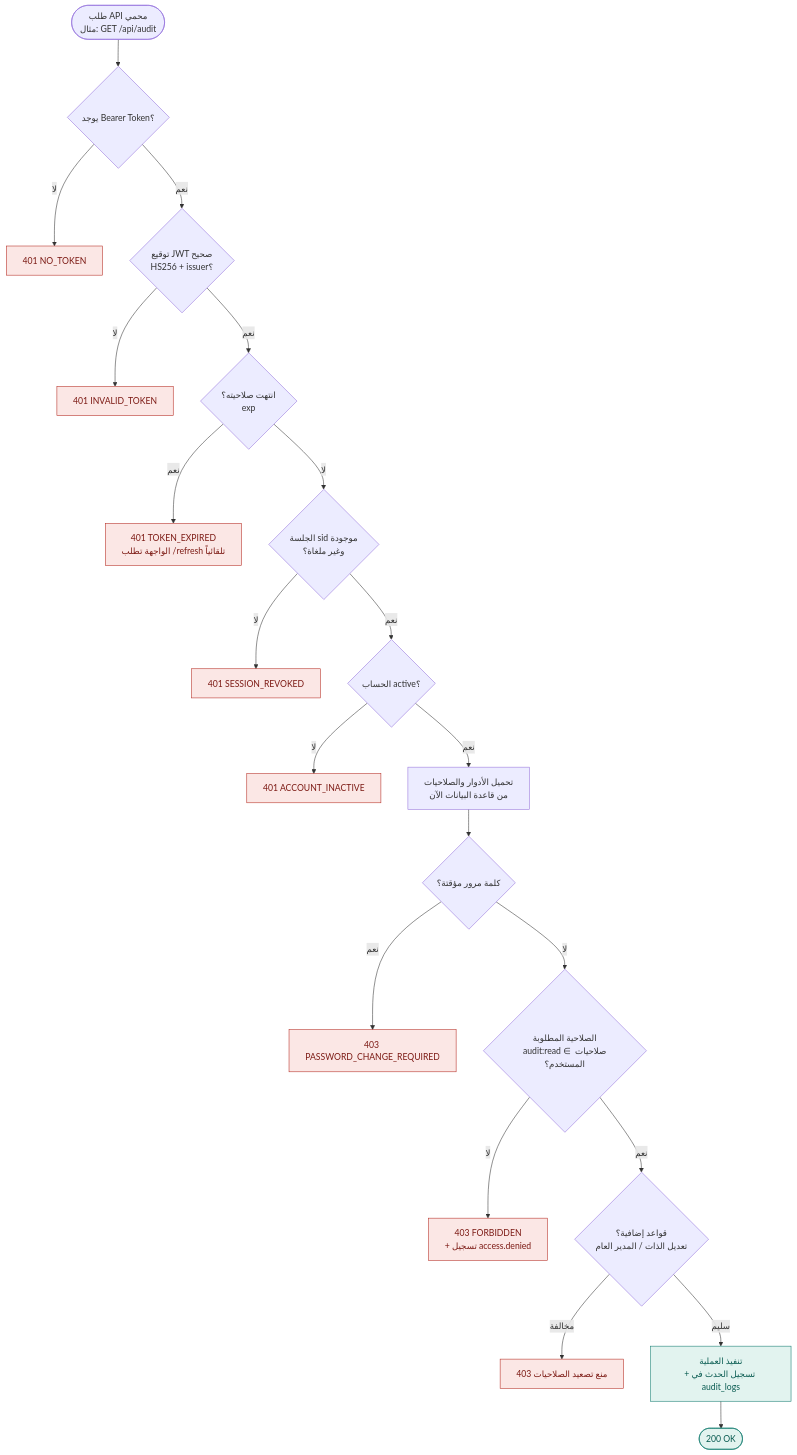
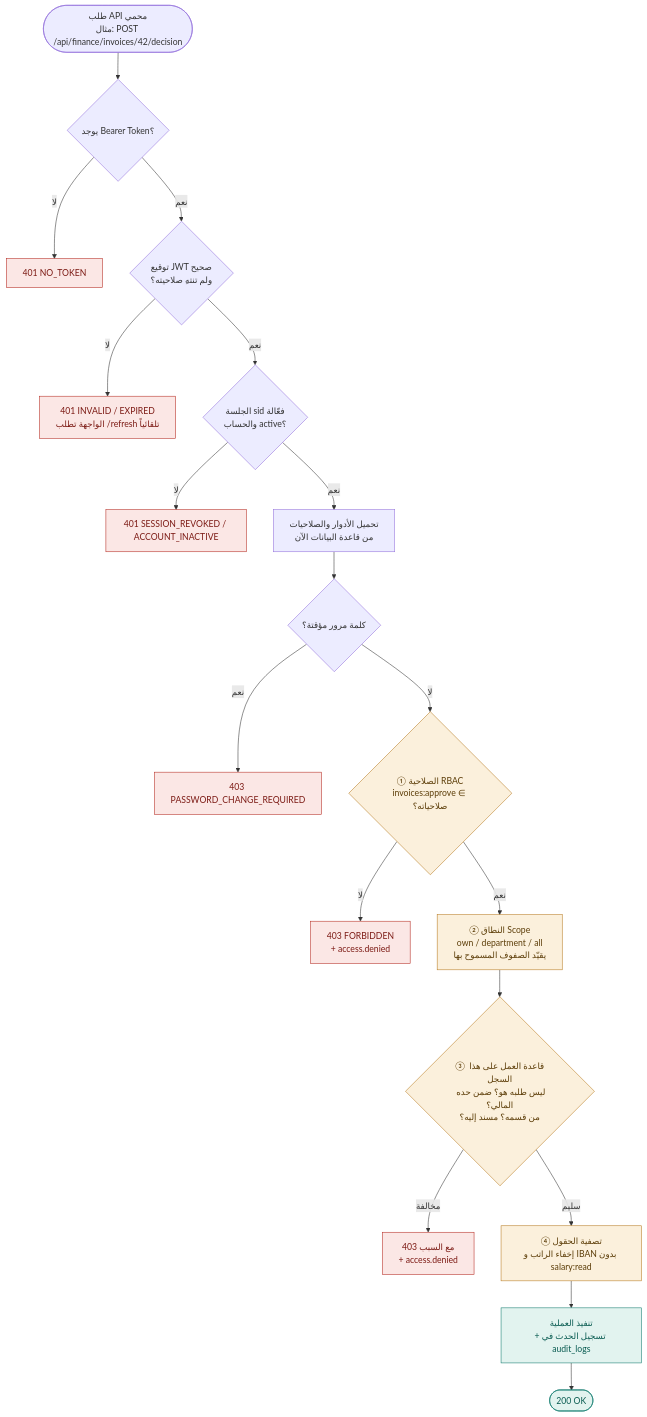
Before and after one commit to blackangiliq/ameer_graduate_project: the diagram in docs/diagrams/05-authorization-flowchart.mmd, drawn with Mermaid. The commit also changed 101 other files, not shown here.

```diff
--- a/docs/diagrams/05-authorization-flowchart.mmd
+++ b/docs/diagrams/05-authorization-flowchart.mmd
@@ -1,25 +1,25 @@
 flowchart TD
-  A([طلب API محمي<br/>مثال: GET /api/audit]) --> B{يوجد Bearer Token؟}
+  A([طلب API محمي<br/>مثال: POST /api/finance/invoices/42/decision]) --> B{يوجد Bearer Token؟}
   B -- لا --> X1[401 NO_TOKEN]
-  B -- نعم --> C{توقيع JWT صحيح<br/>HS256 + issuer؟}
-  C -- لا --> X2[401 INVALID_TOKEN]
-  C -- نعم --> D{انتهت صلاحيته؟<br/>exp}
-  D -- نعم --> X3[401 TOKEN_EXPIRED<br/>الواجهة تطلب /refresh تلقائياً]
-  D -- لا --> E{الجلسة sid موجودة<br/>وغير ملغاة؟}
-  E -- لا --> X4[401 SESSION_REVOKED]
-  E -- نعم --> F{الحساب active؟}
-  F -- لا --> X5[401 ACCOUNT_INACTIVE]
-  F -- نعم --> G[تحميل الأدوار والصلاحيات<br/>من قاعدة البيانات الآن]
+  B -- نعم --> C{توقيع JWT صحيح<br/>ولم تنتهِ صلاحيته؟}
+  C -- لا --> X2[401 INVALID / EXPIRED<br/>الواجهة تطلب /refresh تلقائياً]
+  C -- نعم --> E{الجلسة sid فعّالة<br/>والحساب active؟}
+  E -- لا --> X4[401 SESSION_REVOKED / ACCOUNT_INACTIVE]
+  E -- نعم --> G[تحميل الأدوار والصلاحيات<br/>من قاعدة البيانات الآن]
   G --> H{كلمة مرور مؤقتة؟}
   H -- نعم --> X6[403 PASSWORD_CHANGE_REQUIRED]
-  H -- لا --> I{"الصلاحية المطلوبة<br/>audit:read ∈ صلاحيات المستخدم؟"}
-  I -- لا --> X7[403 FORBIDDEN<br/>+ تسجيل access.denied]
-  I -- نعم --> J{قواعد إضافية؟<br/>تعديل الذات / المدير العام}
-  J -- مخالفة --> X8[403 منع تصعيد الصلاحيات]
-  J -- سليم --> K[تنفيذ العملية<br/>+ تسجيل الحدث في audit_logs]
+  H -- لا --> I{"① الصلاحية RBAC<br/>invoices:approve ∈ صلاحياته؟"}
+  I -- لا --> X7[403 FORBIDDEN<br/>+ access.denied]
+  I -- نعم --> S["② النطاق Scope<br/>own / department / all<br/>يقيّد الصفوف المسموح بها"]
+  S --> J{"③ قاعدة العمل على هذا السجل<br/>ليس طلبه هو؟ ضمن حده المالي؟<br/>من قسمه؟ مسند إليه؟"}
+  J -- مخالفة --> X8[403 مع السبب<br/>+ access.denied]
+  J -- سليم --> F["④ تصفية الحقول<br/>إخفاء الراتب و IBAN بدون salary:read"]
+  F --> K[تنفيذ العملية<br/>+ تسجيل الحدث في audit_logs]
   K --> L([200 OK])
 
   classDef deny fill:#fbe7e5,stroke:#b4281f,color:#7c1a14
   classDef ok fill:#e2f3ef,stroke:#0e7a6d,color:#0a5c52
-  class X1,X2,X3,X4,X5,X6,X7,X8 deny
+  classDef layer fill:#fbf0dc,stroke:#b7791f,color:#5c3d08
+  class X1,X2,X4,X6,X7,X8 deny
   class L,K ok
+  class I,S,J,F layer
```
